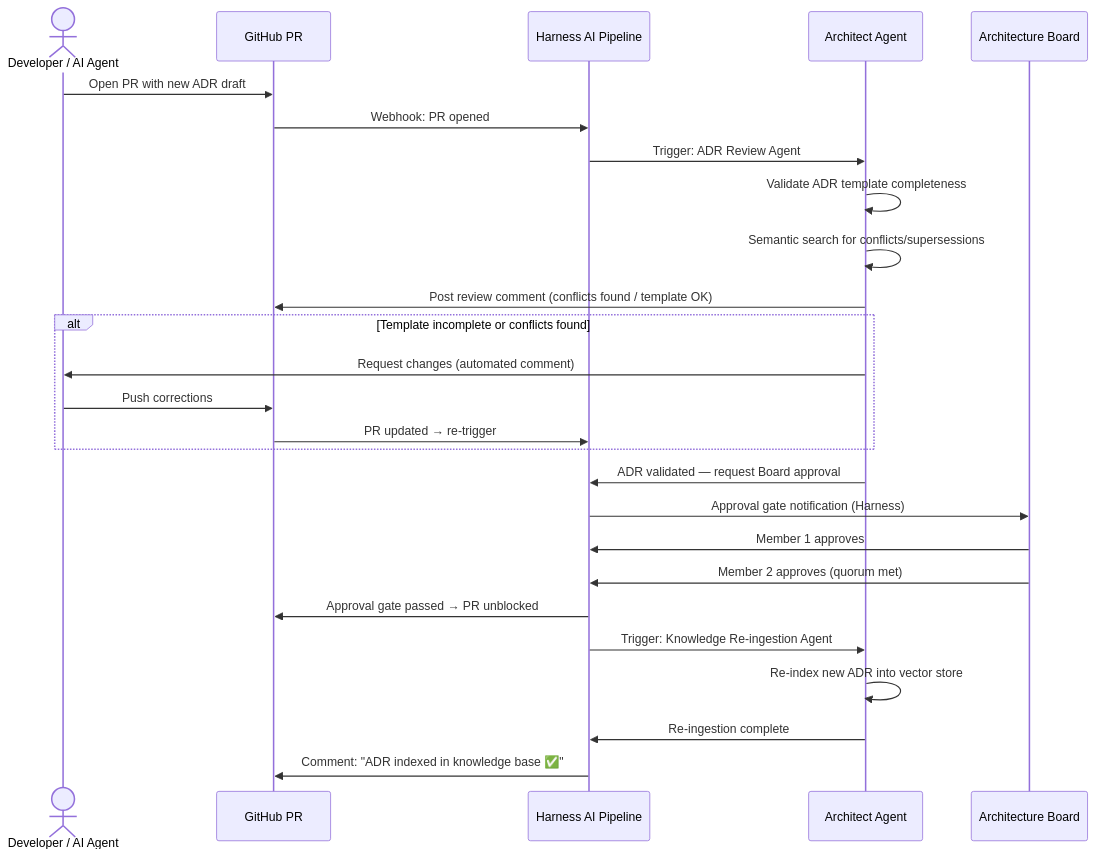
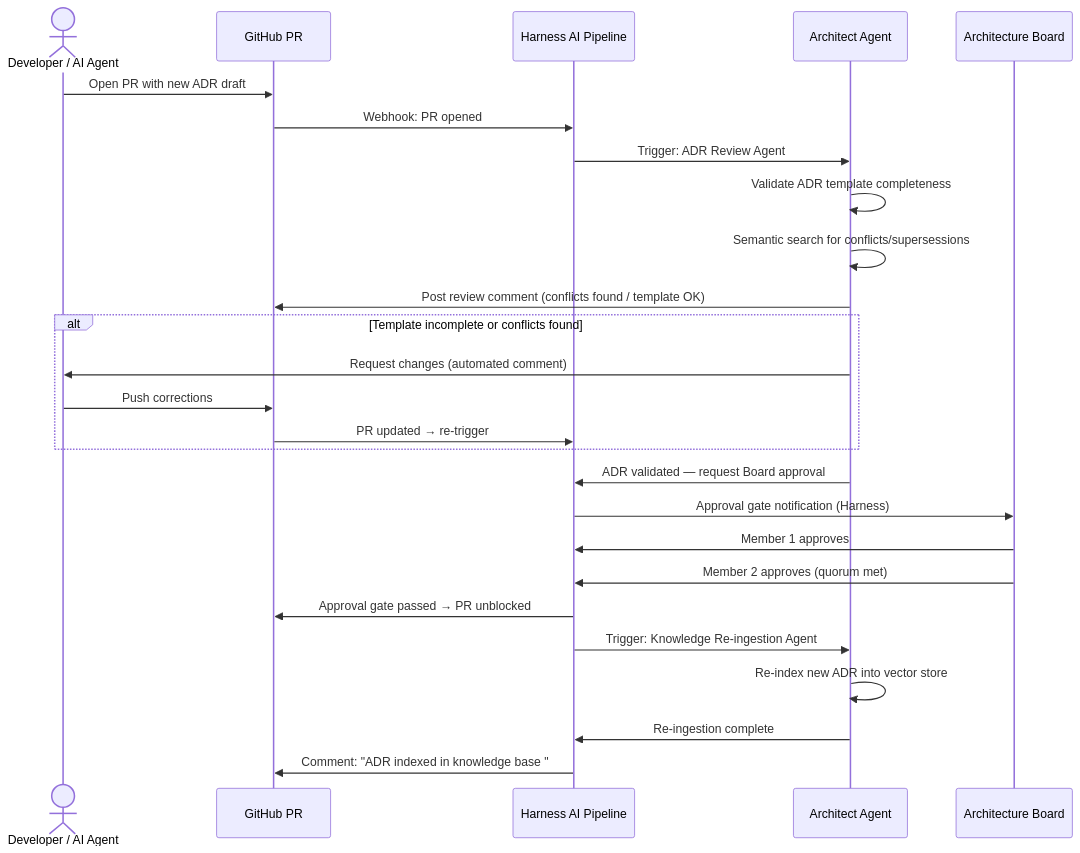
One commit to beyondnetcode/evolith_arch32 changed the third of 5 diagrams in reference/governance/standards/ai-augmented/08-architecture-ai-assistant/visuals/v11-governance-guardrails.md. Above: the diagram before and after it, drawn with Mermaid. The commit also changed other lines of this file and 41 other files, not shown here.

````diff
--- a/reference/governance/standards/ai-augmented/08-architecture-ai-assistant/visuals/v11-governance-guardrails.md
+++ b/reference/governance/standards/ai-augmented/08-architecture-ai-assistant/visuals/v11-governance-guardrails.md
@@ -100,33 +100,33 @@
 ```mermaid
 sequenceDiagram
     actor Dev as Developer / AI Agent
     participant GH as GitHub PR
     participant HA as Harness AI Pipeline
     participant AA as Architect Agent
     participant Board as Architecture Board
 
     Dev->>GH: Open PR with new ADR draft
     GH->>HA: Webhook: PR opened
     HA->>AA: Trigger: ADR Review Agent
 
     AA->>AA: Validate ADR template completeness
     AA->>AA: Semantic search for conflicts/supersessions
     AA->>GH: Post review comment (conflicts found / template OK)
 
     alt Template incomplete or conflicts found
         AA->>Dev: Request changes (automated comment)
         Dev->>GH: Push corrections
         GH->>HA: PR updated → re-trigger
     end
 
     AA->>HA: ADR validated — request Board approval
     HA->>Board: Approval gate notification (Harness)
     Board->>HA: Member 1 approves
     Board->>HA: Member 2 approves (quorum met)
 
     HA->>GH: Approval gate passed → PR unblocked
     HA->>AA: Trigger: Knowledge Re-ingestion Agent
     AA->>AA: Re-index new ADR into vector store
     AA->>HA: Re-ingestion complete
-    HA->>GH: Comment: "ADR indexed in knowledge base ✅"
+    HA->>GH: Comment: "ADR indexed in knowledge base "
 ```
````
